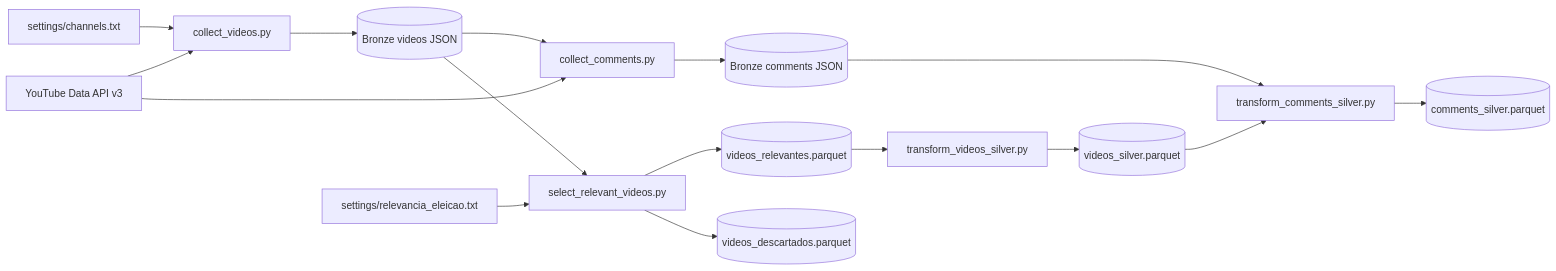
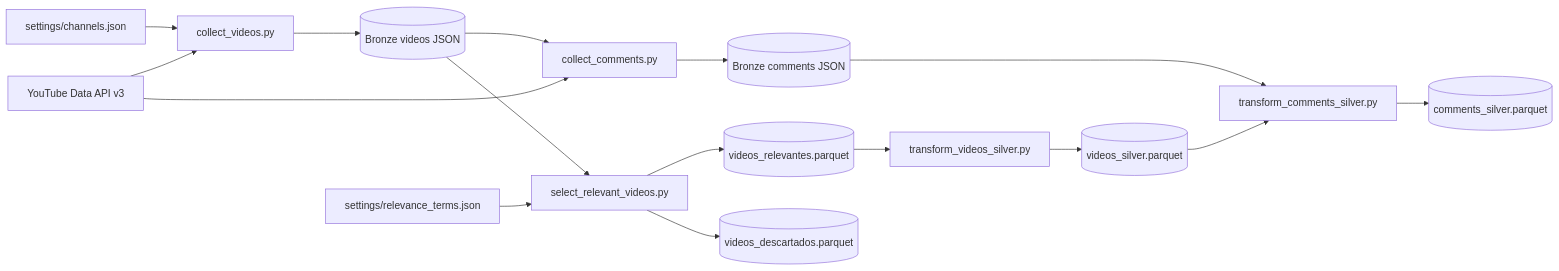
Before and after one commit to vitorestevam/tcc-engdados: the diagram in docs/overview.md, drawn with Mermaid. The commit also changed other lines of this file and 8 other files, not shown here.

Commit message:
refactor: migrate to JSON configuration for channels and relevance terms; update DAG parameters and collection logic

````diff
--- a/docs/overview.md
+++ b/docs/overview.md
@@ -38,18 +38,18 @@
 ```mermaid
 flowchart LR
-    CFG["settings/channels.txt"] --> V["collect_videos.py"]
+    CFG["settings/channels.json"] --> V["collect_videos.py"]
     API["YouTube Data API v3"] --> V
     V --> BV[("Bronze videos JSON")]
     BV --> C["collect_comments.py"]
     API --> C
     C --> BC[("Bronze comments JSON")]
     BV --> R["select_relevant_videos.py"]
-    TERMS["settings/relevancia_eleicao.txt"] --> R
+    TERMS["settings/relevance_terms.json"] --> R
     R --> VR[("videos_relevantes.parquet")]
     R --> VD[("videos_descartados.parquet")]
     VR --> VS["transform_videos_silver.py"]
     VS --> SV[("videos_silver.parquet")]
     BC --> CS["transform_comments_silver.py"]
     SV --> CS
     CS --> SC[("comments_silver.parquet")]
 ```
````
